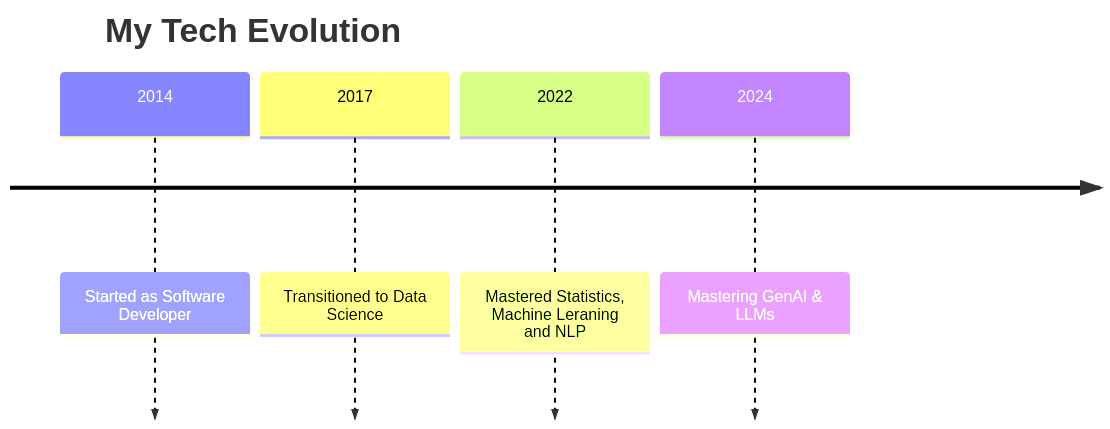
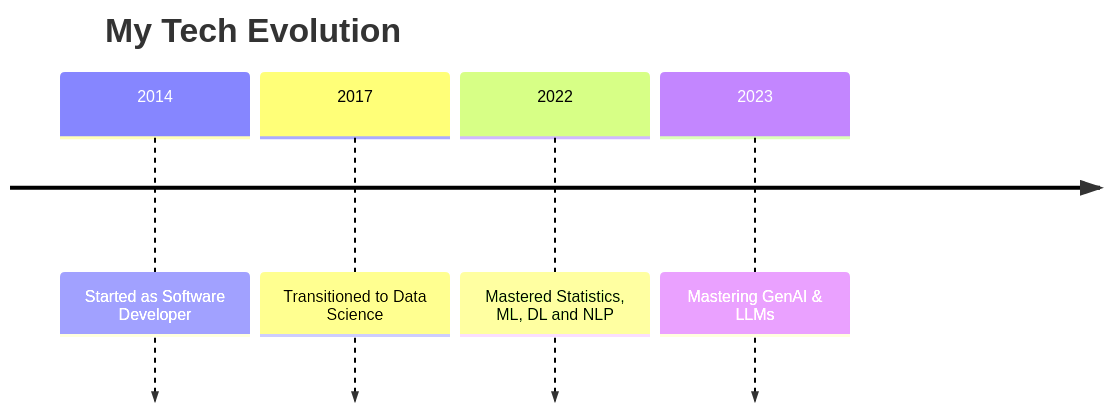
One commit to nikhilniksss/nikhilniksss changed the first of 2 diagrams in README.md. Above: the diagram before and after it, drawn with Mermaid.

````diff
--- a/README.md
+++ b/README.md
@@ -8,8 +8,8 @@
 ```mermaid
 timeline
     title My Tech Evolution
     2014 : Started as Software Developer
     2017 : Transitioned to Data Science
-    2022 : Mastered Statistics, Machine Leraning and NLP
-    2024 : Mastering GenAI & LLMs
+    2022 : Mastered Statistics, ML, DL and NLP
+    2023 : Mastering GenAI & LLMs
 ```
````
